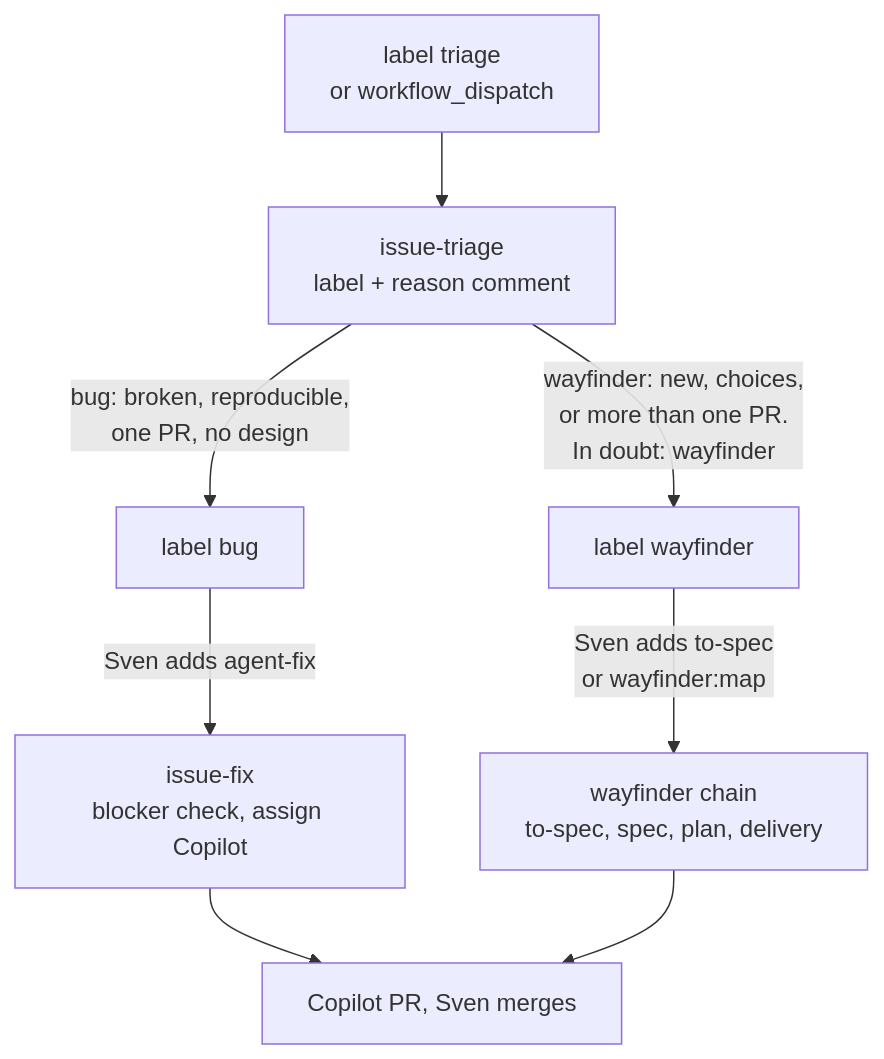
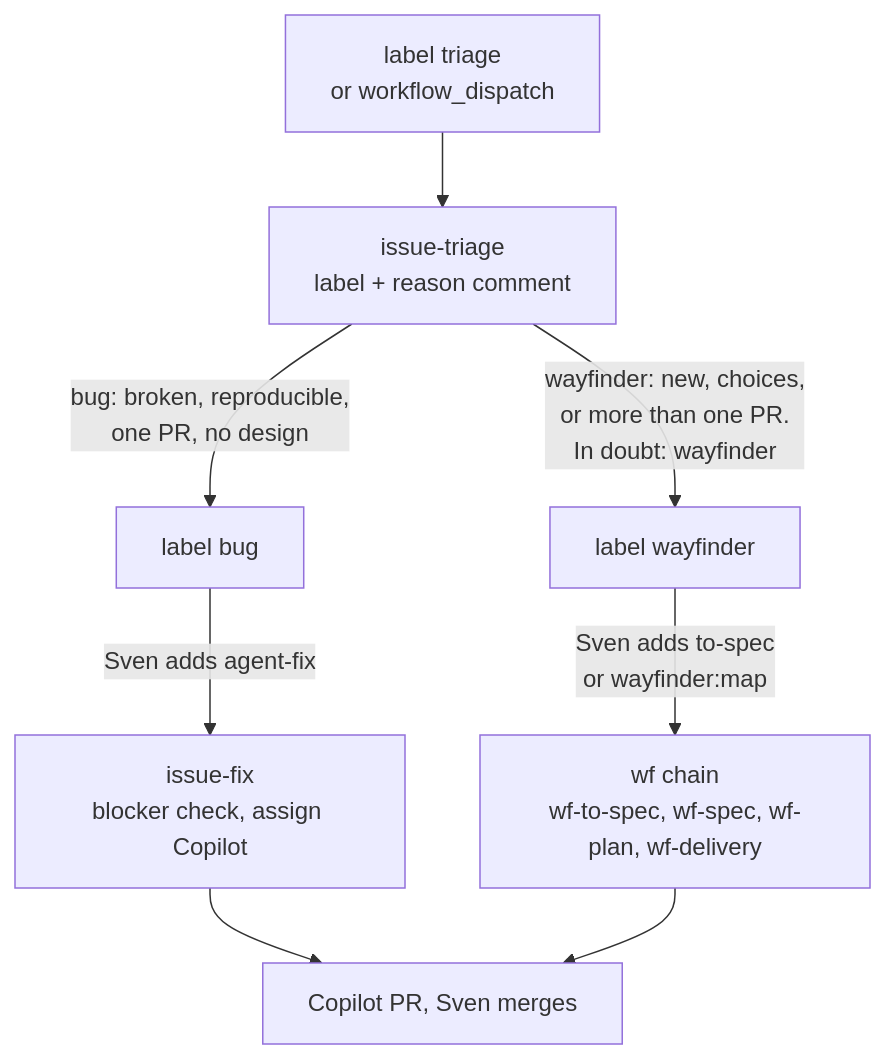
Before and after one commit to svennijhuis/agentic-workflows: the first of 3 diagrams in workflows/README.md, drawn with Mermaid. The commit also changed other lines of this file and 8 other files, not shown here.

Commit message:
wf chain: rename to wf-*, groups and markers; add to-spec and to-tickets skills from turbo-agent-skills-cli@122b266; README

````diff
--- a/workflows/README.md
+++ b/workflows/README.md
@@ -23,10 +23,10 @@
 ```mermaid
 flowchart TD
   T[label triage<br/>or workflow_dispatch] --> TR[issue-triage<br/>label + reason comment]
   TR -->|bug: broken, reproducible,<br/>one PR, no design| B[label bug]
   TR -->|wayfinder: new, choices,<br/>or more than one PR.<br/>In doubt: wayfinder| W[label wayfinder]
   B -->|Sven adds agent-fix| IF[issue-fix<br/>blocker check, assign Copilot]
-  W -->|Sven adds to-spec<br/>or wayfinder:map| CH[wayfinder chain<br/>to-spec, spec, plan, delivery]
+  W -->|Sven adds to-spec<br/>or wayfinder:map| CH[wf chain<br/>wf-to-spec, wf-spec, wf-plan, wf-delivery]
   IF --> M[Copilot PR, Sven merges]
   CH --> M
 ```
````
